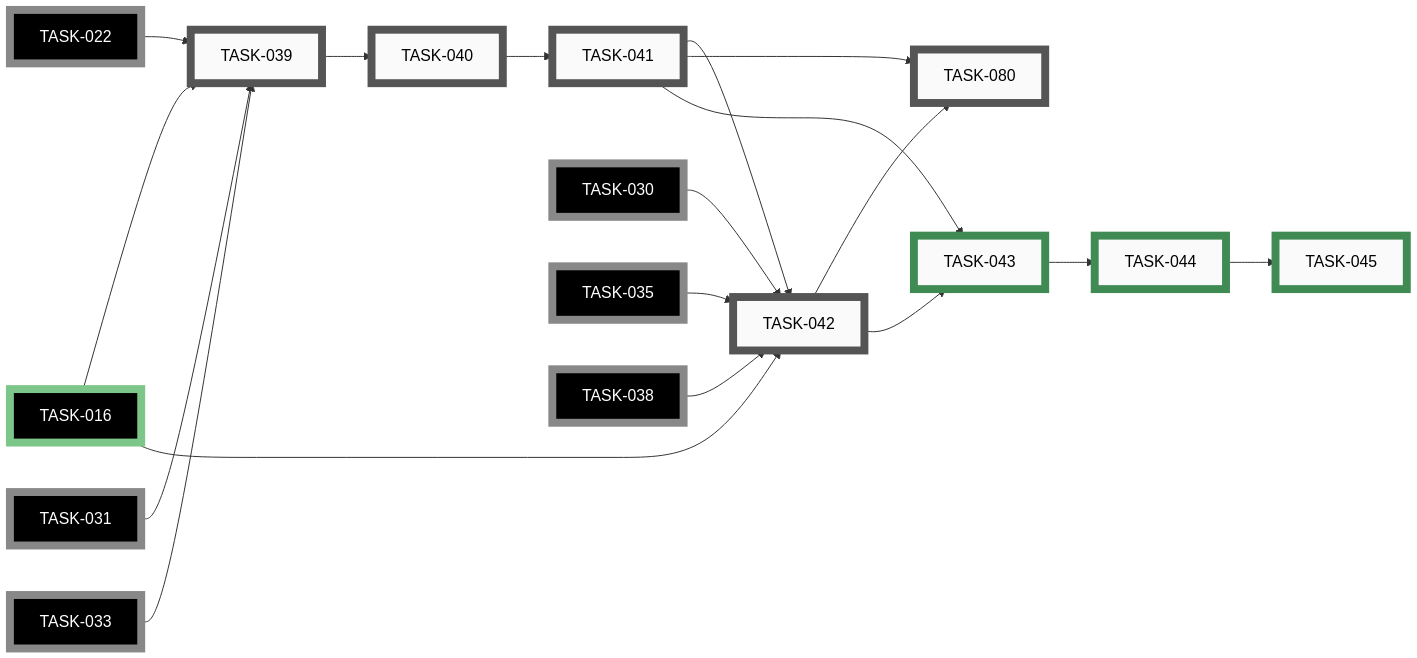
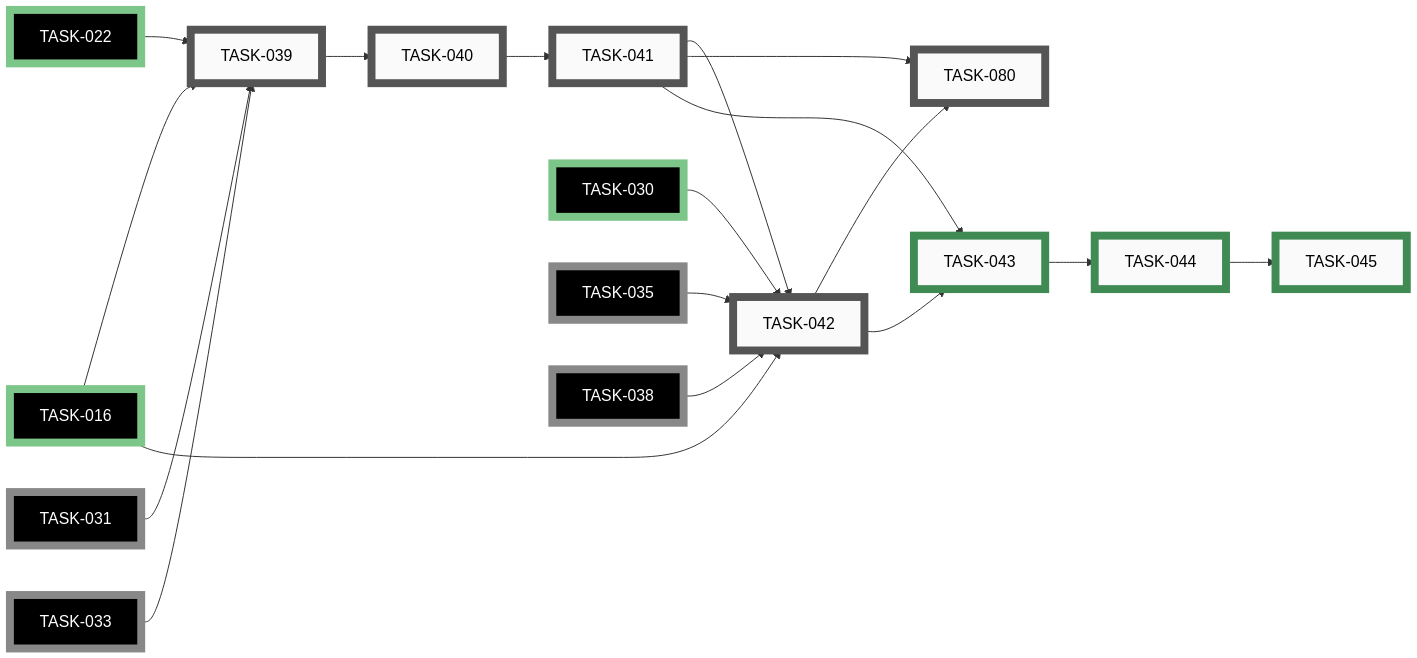
The sixth of 11 diagrams in docs/developers/tasks/EPICS.md (tgd1975/CircuitSmith), drawn with Mermaid before and after one commit. The commit also changed other lines of this file and 42 other files, not shown here.

First line of the commit message:
close EPIC-003: Circuit Skill — ERC Engine and Rule Catalog

````diff
--- a/docs/developers/tasks/EPICS.md
+++ b/docs/developers/tasks/EPICS.md
@@ -351,58 +351,58 @@
 ```mermaid
 graph LR
     TASK_039["TASK-039"]:::open
     TASK_040["TASK-040"]:::open
     TASK_041["TASK-041"]:::open
     TASK_042["TASK-042"]:::open
     TASK_080["TASK-080"]:::open
     TASK_043["TASK-043"]:::closed
     TASK_044["TASK-044"]:::closed
     TASK_045["TASK-045"]:::closed
     TASK_016["TASK-016"]:::closedExt
-    TASK_022["TASK-022"]:::openExt
-    TASK_030["TASK-030"]:::openExt
+    TASK_022["TASK-022"]:::closedExt
+    TASK_030["TASK-030"]:::closedExt
     TASK_031["TASK-031"]:::openExt
     TASK_033["TASK-033"]:::openExt
     TASK_035["TASK-035"]:::openExt
     TASK_038["TASK-038"]:::openExt
     TASK_022 --> TASK_039
     TASK_031 --> TASK_039
     TASK_033 --> TASK_039
     TASK_016 --> TASK_039
     TASK_039 --> TASK_040
     TASK_040 --> TASK_041
     TASK_016 --> TASK_042
     TASK_030 --> TASK_042
     TASK_035 --> TASK_042
     TASK_038 --> TASK_042
     TASK_041 --> TASK_042
     TASK_041 --> TASK_080
     TASK_042 --> TASK_080
     TASK_041 --> TASK_043
     TASK_042 --> TASK_043
     TASK_043 --> TASK_044
     TASK_044 --> TASK_045
     click TASK_039 "open/task-039-write-skill-md-system-prompt.md"
     click TASK_040 "open/task-040-register-skill-in-vibe-config.md"
     click TASK_041 "open/task-041-run-five-acceptance-tests.md"
     click TASK_042 "open/task-042-finalise-skill-docs.md"
     click TASK_080 "open/task-080-publish-circuitsmith-to-pypi.md"
     click TASK_043 "closed/task-043-create-standalone-circuit-skill-repo.md"
     click TASK_044 "closed/task-044-extract-skill-commit-history.md"
     click TASK_045 "closed/task-045-replace-skill-dir-with-pinned-copy.md"
     click TASK_016 "closed/task-016-write-renderer-and-layout-docs.md"
-    click TASK_022 "open/task-022-implement-erc-engine.md"
-    click TASK_030 "open/task-030-write-erc-checks-reference-doc.md"
+    click TASK_022 "closed/task-022-implement-erc-engine.md"
+    click TASK_030 "closed/task-030-write-erc-checks-reference-doc.md"
     click TASK_031 "open/task-031-implement-bom-exporter.md"
     click TASK_033 "open/task-033-implement-netlist-exporter.md"
     click TASK_035 "open/task-035-extend-ci-and-docs-for-exporters.md"
     click TASK_038 "open/task-038-update-pre-commit-hook-for-circuit-yml.md"
     classDef open    fill:#FAFAFA,stroke:#555,stroke-width:8px,color:#000
     classDef active  fill:#FAFAFA,stroke:#1A6FA8,stroke-width:8px,color:#000
     classDef closed  fill:#FAFAFA,stroke:#3F8B53,stroke-width:8px,color:#000
     classDef paused  fill:#FAFAFA,stroke:#B07810,stroke-width:8px,color:#000
     classDef openExt    fill:#000,stroke:#888,stroke-width:8px,color:#FFF
     classDef activeExt  fill:#000,stroke:#3FA9F5,stroke-width:8px,color:#FFF
     classDef closedExt  fill:#000,stroke:#7CC68A,stroke-width:8px,color:#FFF
     classDef pausedExt  fill:#000,stroke:#F0B030,stroke-width:8px,color:#FFF
 ```
````
